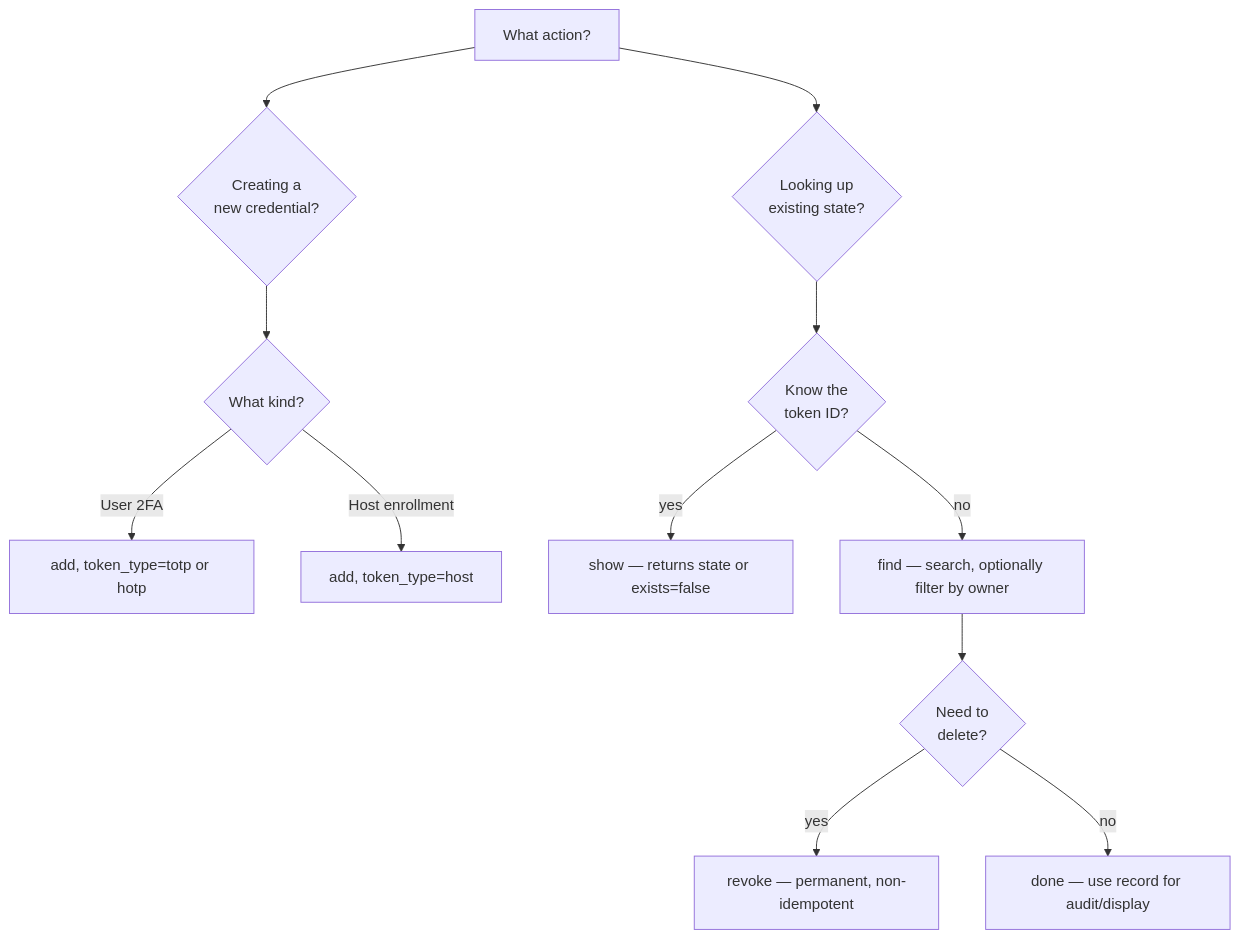
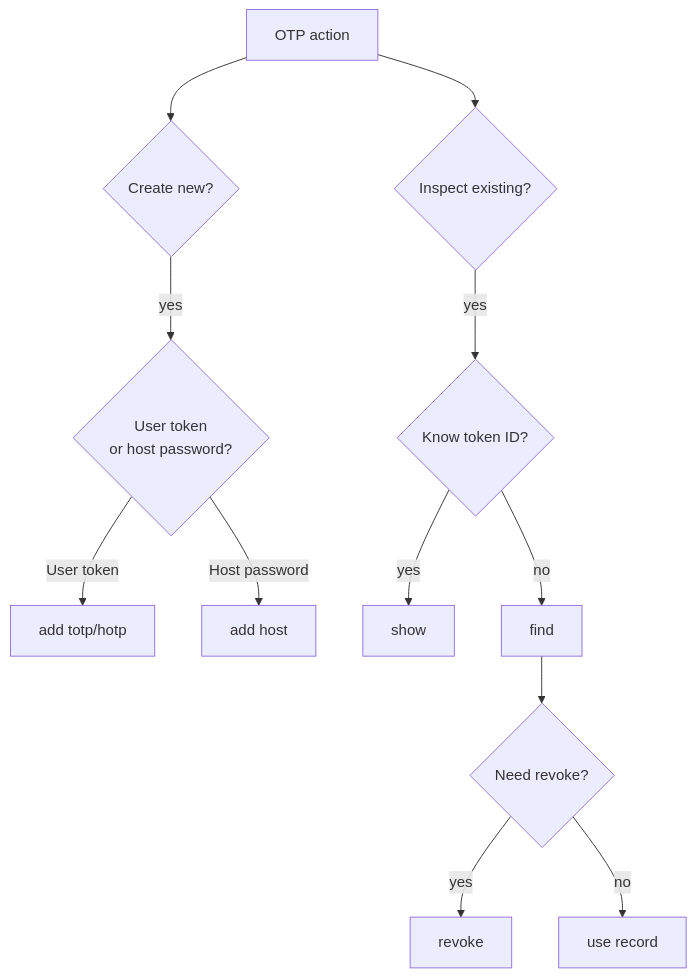
One commit to gprocunier/eigenstate-ipa changed the second of 10 diagrams in docs/otp-capabilities.md. Above: the diagram before and after it, drawn with Mermaid. The commit also changed other lines of this file and 12 other files, not shown here.

Commit message:
Clean up Mermaid diagrams across docs

````diff
--- a/docs/otp-capabilities.md
+++ b/docs/otp-capabilities.md
@@ -92,22 +84,21 @@
 ```mermaid
 flowchart TD
-    q["What action?"]
+    action["OTP action"]
+    create{"Create new?"}
+    inspect{"Inspect existing?"}
+    token{"User token\nor host password?"}
+    know_id{"Know token ID?"}
+    remove{"Need revoke?"}
 
-    create{"Creating a\nnew credential?"}
-    lookup{"Looking up\nexisting state?"}
-
-    q --> create
-    q --> lookup
-
-    create --> type_q{"What kind?"}
-    type_q -->|"User 2FA"| add_totp["add, token_type=totp or hotp"]
-    type_q -->|"Host enrollment"| add_host["add, token_type=host"]
-
-    lookup --> know_id{"Know the\ntoken ID?"}
-    know_id -->|yes| show_op["show — returns state or exists=false"]
-    know_id -->|no| find_op["find — search, optionally filter by owner"]
-
-    find_op --> need_del{"Need to\ndelete?"}
-    need_del -->|yes| revoke_op["revoke — permanent, non-idempotent"]
-    need_del -->|no| done["done — use record for audit/display"]
+    action --> create
+    action --> inspect
+    create -->|yes| token
+    token -->|User token| add_totp["add totp/hotp"]
+    token -->|Host password| add_host["add host"]
+    inspect -->|yes| know_id
+    know_id -->|yes| show_op["show"]
+    know_id -->|no| find_op["find"]
+    find_op --> remove
+    remove -->|yes| revoke_op["revoke"]
+    remove -->|no| done["use record"]
 ```
````
